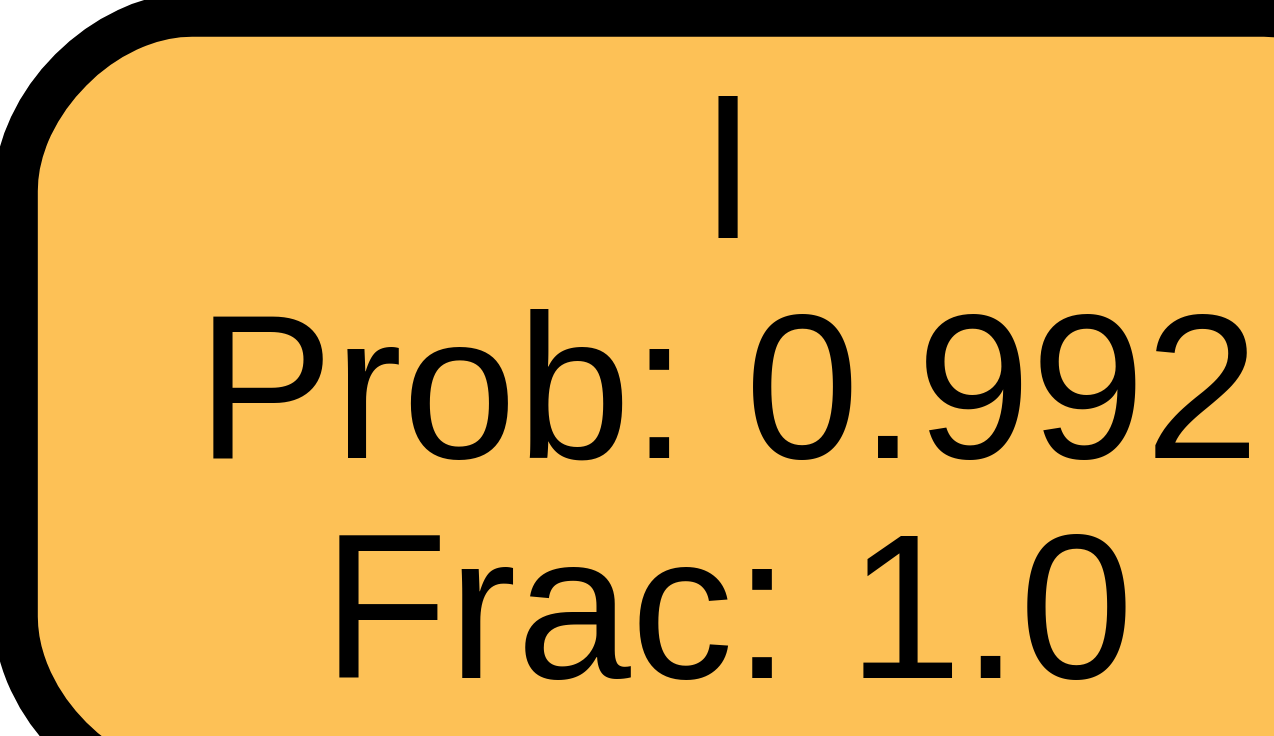
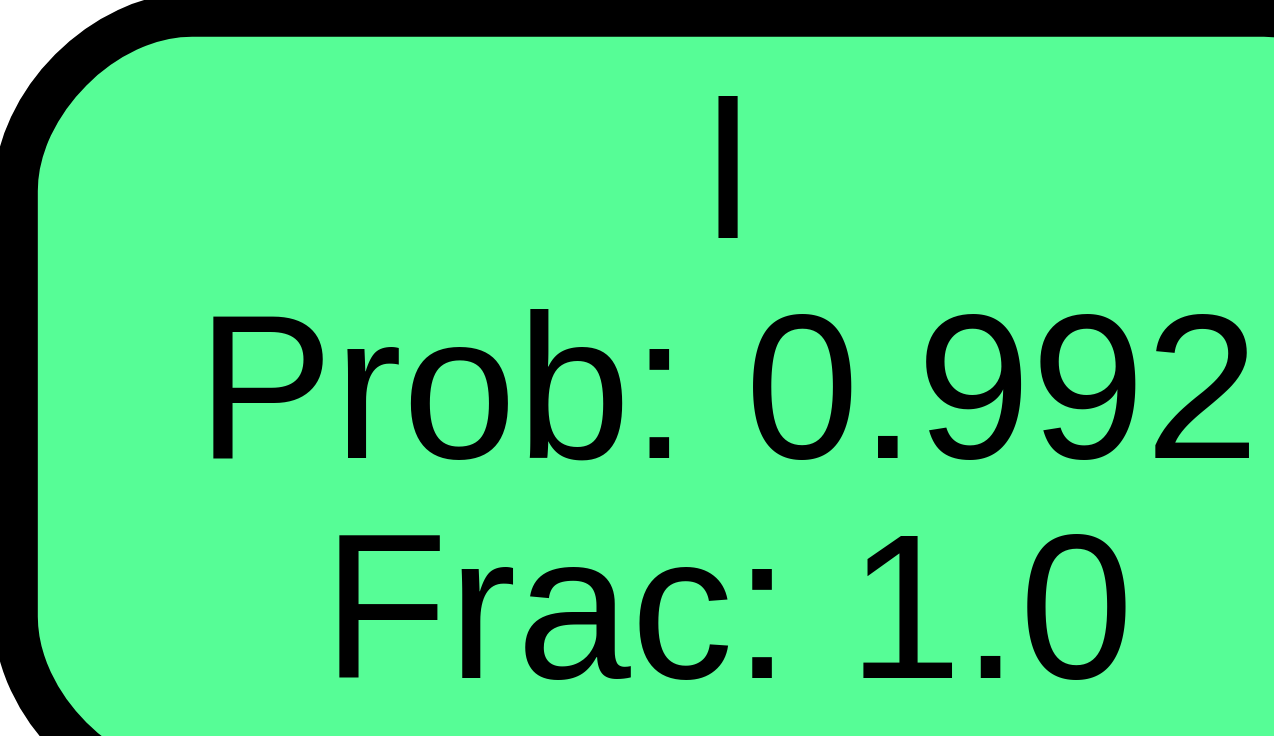
Before and after one commit to zeroknowledgediscovery/emergenet: the diagram in qnet_predictions/qnet_models/trees/256.dot, drawn with Graphviz. The commit also changed 1724 other files, not shown here.

```diff
--- a/qnet_predictions/qnet_models/trees/256.dot
+++ b/qnet_predictions/qnet_models/trees/256.dot
@@ -1,8 +1,8 @@
 graph Tree {
 node [shape=box, style="filled, rounded",color="black",penwidth="3",fontcolor="black",                 fontname=helvetica] ;
 graph [ranksep="0 equally", splines=straight,                 bgcolor=transparent, dpi=200] ;
-edge [fontname=helvetica, fontweight=bold,fontcolor=grey14,color=black] ;
+edge [fontname=helvetica, fontweight=bold,fontcolor=grey14,color=lightgray] ;
 0 [label="I
 Prob: 0.992
-Frac: 1.0", fillcolor="#fdc156"] ;
+Frac: 1.0", fillcolor="#56fd96"] ;
 {rank = same;}}
```
